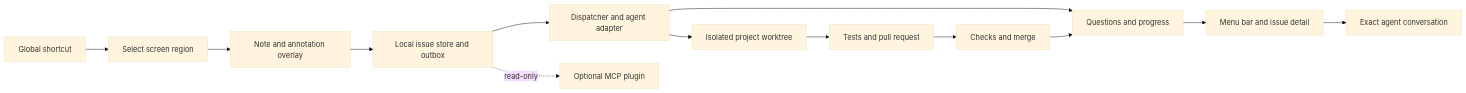
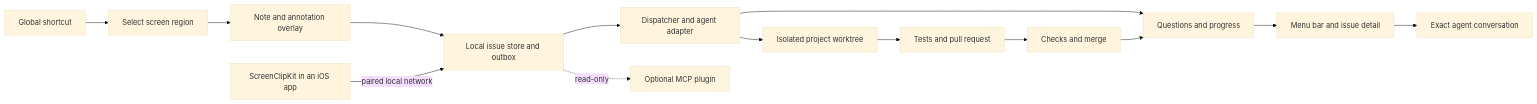
Before and after one commit to lludo/ScreenClip: the diagram in docs/architecture.md, drawn with Mermaid (base theme). The commit also changed other lines of this file and 56 other files, not shown here.

First line of the commit message:
ScreenClip for iOS: ScreenClipKit SDK, Mac local server, install skill (#121)

````diff
--- a/docs/architecture.md
+++ b/docs/architecture.md
@@ -23,15 +23,16 @@
 ```mermaid
 flowchart LR
     A[Global shortcut] --> B[Select screen region]
     B --> C[Note and annotation overlay]
     C --> D[Local issue store and outbox]
     D --> E[Dispatcher and agent adapter]
     E --> F[Isolated project worktree]
     F --> G[Tests and pull request]
     G --> H[Checks and merge]
     E --> I[Questions and progress]
     H --> I
     I --> J[Menu bar and issue detail]
     J --> K[Exact agent conversation]
     D -. read-only .-> L[Optional MCP plugin]
+    M[ScreenClipKit in an iOS app] -- paired local network --> D
 ```
````
